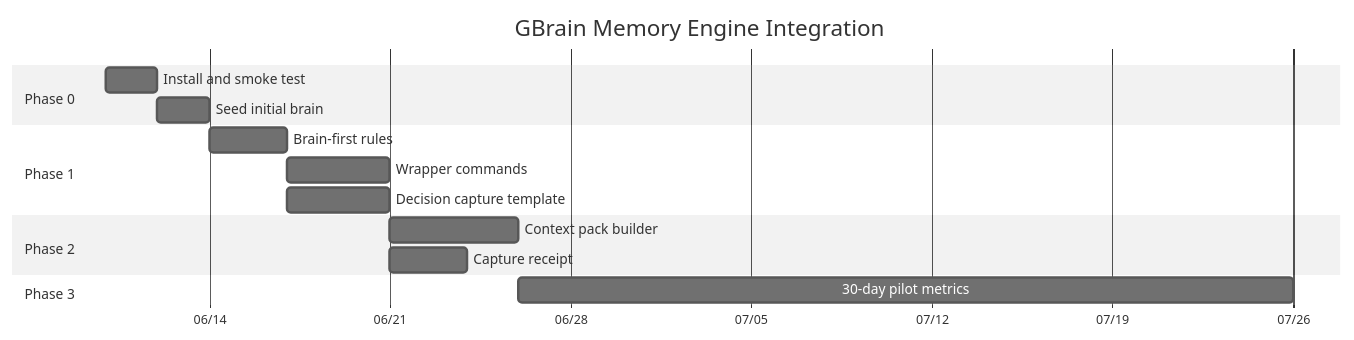
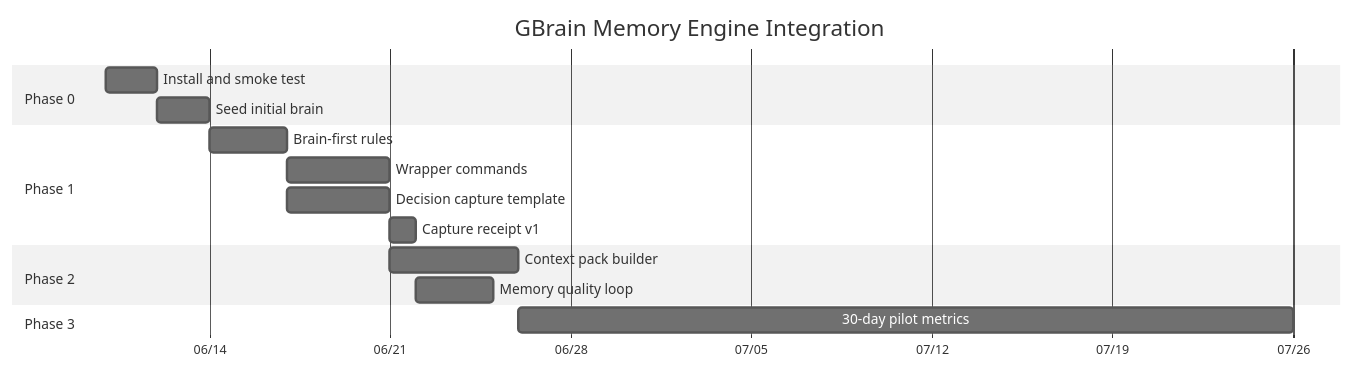
The sixth of 6 diagrams in docs/260610-gbrain-memory-engine-prd.md (woogi-kang/claude-craft), drawn with Mermaid (neutral theme) before and after one commit. The commit also changed other lines of this file and 7 other files, not shown here.

````diff
--- a/docs/260610-gbrain-memory-engine-prd.md
+++ b/docs/260610-gbrain-memory-engine-prd.md
@@ -538,18 +540,19 @@
 ```mermaid
 gantt
   title GBrain Memory Engine Integration
   dateFormat  YYYY-MM-DD
   axisFormat  %m/%d
   section Phase 0
   Install and smoke test      :a1, 2026-06-10, 2d
   Seed initial brain          :a2, after a1, 2d
   section Phase 1
   Brain-first rules           :b1, after a2, 3d
   Wrapper commands            :b2, after b1, 4d
   Decision capture template   :b3, after b1, 4d
+  Capture receipt v1          :b4, after b3, 1d
   section Phase 2
   Context pack builder        :c1, after b2, 5d
-  Capture receipt             :c2, after b3, 3d
+  Memory quality loop         :c2, after b4, 3d
   section Phase 3
   30-day pilot metrics        :d1, after c1, 30d
 ```
````
